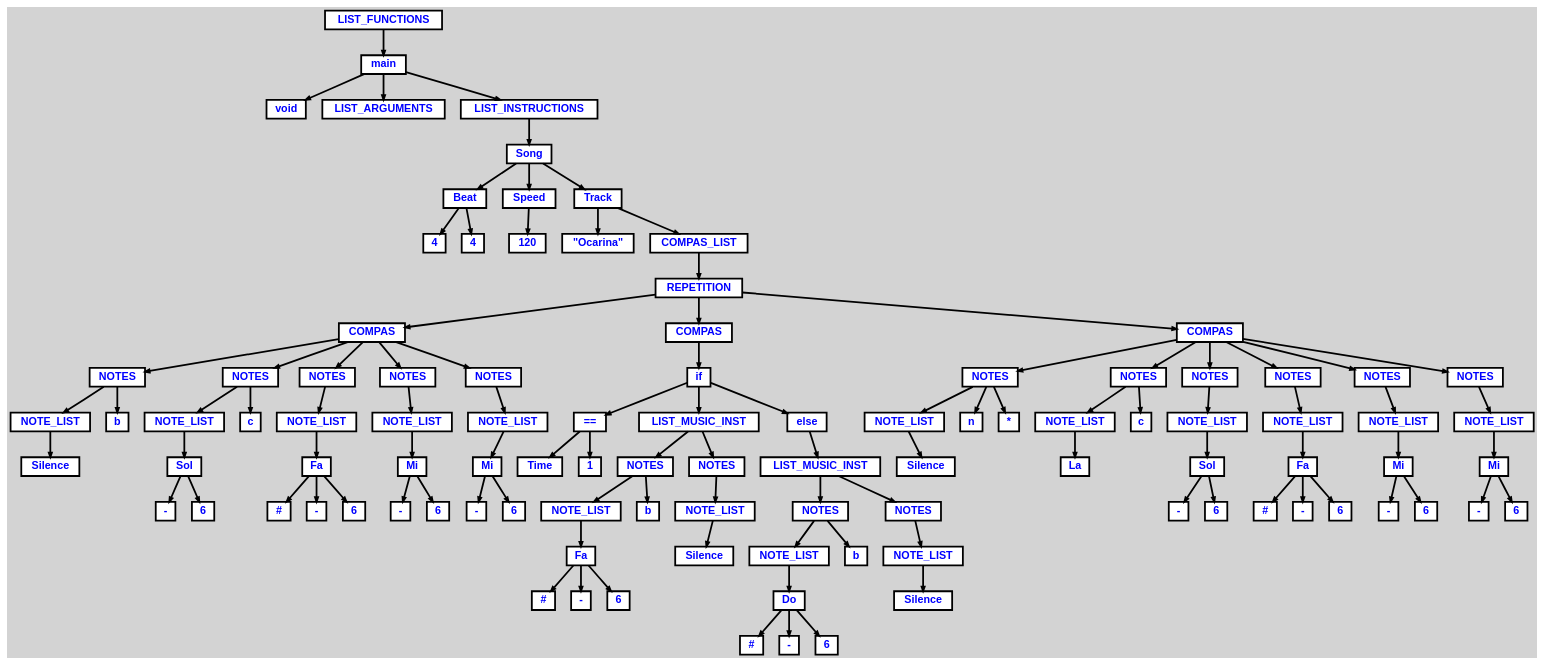
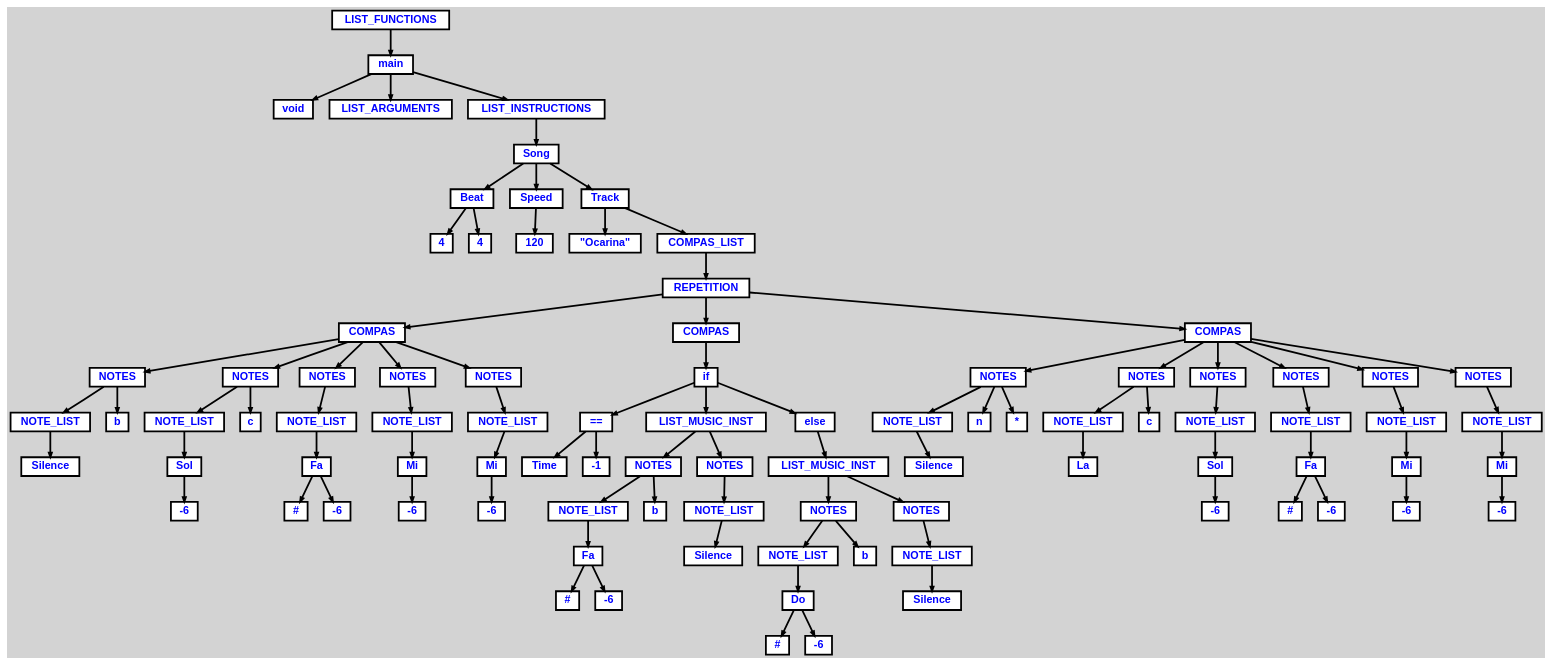
The diagram in tree.dot (mariofv/A-Music-Language), drawn with Graphviz before and after one commit. The commit also changed 6 other files, not shown here.

```diff
--- a/tree.dot
+++ b/tree.dot
@@ -43,126 +43,116 @@
   n21 [label="NOTE_LIST"];
   n22 [label="Sol"];
   n22 [label="Sol"];
-  n23 [label="-"];
-  n24 [label="6"];
-  n25 [label="c"];
-  n26 [label="NOTES"];
-  n26 [label="NOTES"];
-  n27 [label="NOTE_LIST"];
-  n27 [label="NOTE_LIST"];
-  n28 [label="Fa"];
-  n28 [label="Fa"];
-  n29 [label="#"];
-  n30 [label="-"];
-  n31 [label="6"];
-  n32 [label="NOTES"];
-  n32 [label="NOTES"];
-  n33 [label="NOTE_LIST"];
-  n33 [label="NOTE_LIST"];
-  n34 [label="Mi"];
-  n34 [label="Mi"];
-  n35 [label="-"];
-  n36 [label="6"];
-  n37 [label="NOTES"];
-  n37 [label="NOTES"];
-  n38 [label="NOTE_LIST"];
-  n38 [label="NOTE_LIST"];
-  n39 [label="Mi"];
-  n39 [label="Mi"];
-  n40 [label="-"];
-  n41 [label="6"];
-  n42 [label="COMPAS"];
-  n42 [label="COMPAS"];
-  n43 [label="if"];
-  n43 [label="if"];
-  n44 [label="=="];
-  n44 [label="=="];
-  n45 [label="Time"];
-  n46 [label="1"];
-  n47 [label="LIST_MUSIC_INST"];
-  n47 [label="LIST_MUSIC_INST"];
-  n48 [label="NOTES"];
-  n48 [label="NOTES"];
-  n49 [label="NOTE_LIST"];
-  n49 [label="NOTE_LIST"];
-  n50 [label="Fa"];
-  n50 [label="Fa"];
-  n51 [label="#"];
-  n52 [label="-"];
-  n53 [label="6"];
-  n54 [label="b"];
+  n23 [label="-6"];
+  n24 [label="c"];
+  n25 [label="NOTES"];
+  n25 [label="NOTES"];
+  n26 [label="NOTE_LIST"];
+  n26 [label="NOTE_LIST"];
+  n27 [label="Fa"];
+  n27 [label="Fa"];
+  n28 [label="#"];
+  n29 [label="-6"];
+  n30 [label="NOTES"];
+  n30 [label="NOTES"];
+  n31 [label="NOTE_LIST"];
+  n31 [label="NOTE_LIST"];
+  n32 [label="Mi"];
+  n32 [label="Mi"];
+  n33 [label="-6"];
+  n34 [label="NOTES"];
+  n34 [label="NOTES"];
+  n35 [label="NOTE_LIST"];
+  n35 [label="NOTE_LIST"];
+  n36 [label="Mi"];
+  n36 [label="Mi"];
+  n37 [label="-6"];
+  n38 [label="COMPAS"];
+  n38 [label="COMPAS"];
+  n39 [label="if"];
+  n39 [label="if"];
+  n40 [label="=="];
+  n40 [label="=="];
+  n41 [label="Time"];
+  n42 [label="-1"];
+  n43 [label="LIST_MUSIC_INST"];
+  n43 [label="LIST_MUSIC_INST"];
+  n44 [label="NOTES"];
+  n44 [label="NOTES"];
+  n45 [label="NOTE_LIST"];
+  n45 [label="NOTE_LIST"];
+  n46 [label="Fa"];
+  n46 [label="Fa"];
+  n47 [label="#"];
+  n48 [label="-6"];
+  n49 [label="b"];
+  n50 [label="NOTES"];
+  n50 [label="NOTES"];
+  n51 [label="NOTE_LIST"];
+  n51 [label="NOTE_LIST"];
+  n52 [label="Silence"];
+  n53 [label="else"];
+  n53 [label="else"];
+  n54 [label="LIST_MUSIC_INST"];
+  n54 [label="LIST_MUSIC_INST"];
   n55 [label="NOTES"];
   n55 [label="NOTES"];
   n56 [label="NOTE_LIST"];
   n56 [label="NOTE_LIST"];
-  n57 [label="Silence"];
-  n58 [label="else"];
-  n58 [label="else"];
-  n59 [label="LIST_MUSIC_INST"];
-  n59 [label="LIST_MUSIC_INST"];
-  n60 [label="NOTES"];
-  n60 [label="NOTES"];
-  n61 [label="NOTE_LIST"];
-  n61 [label="NOTE_LIST"];
-  n62 [label="Do"];
-  n62 [label="Do"];
-  n63 [label="#"];
-  n64 [label="-"];
-  n65 [label="6"];
-  n66 [label="b"];
-  n67 [label="NOTES"];
-  n67 [label="NOTES"];
-  n68 [label="NOTE_LIST"];
-  n68 [label="NOTE_LIST"];
-  n69 [label="Silence"];
-  n70 [label="COMPAS"];
-  n70 [label="COMPAS"];
-  n71 [label="NOTES"];
-  n71 [label="NOTES"];
-  n72 [label="NOTE_LIST"];
-  n72 [label="NOTE_LIST"];
-  n73 [label="Silence"];
-  n74 [label="n"];
-  n75 [label="*"];
-  n76 [label="NOTES"];
-  n76 [label="NOTES"];
-  n77 [label="NOTE_LIST"];
-  n77 [label="NOTE_LIST"];
-  n78 [label="La"];
-  n79 [label="c"];
-  n80 [label="NOTES"];
-  n80 [label="NOTES"];
-  n81 [label="NOTE_LIST"];
-  n81 [label="NOTE_LIST"];
-  n82 [label="Sol"];
-  n82 [label="Sol"];
-  n83 [label="-"];
-  n84 [label="6"];
-  n85 [label="NOTES"];
-  n85 [label="NOTES"];
-  n86 [label="NOTE_LIST"];
-  n86 [label="NOTE_LIST"];
-  n87 [label="Fa"];
-  n87 [label="Fa"];
-  n88 [label="#"];
-  n89 [label="-"];
-  n90 [label="6"];
-  n91 [label="NOTES"];
-  n91 [label="NOTES"];
-  n92 [label="NOTE_LIST"];
-  n92 [label="NOTE_LIST"];
-  n93 [label="Mi"];
-  n93 [label="Mi"];
-  n94 [label="-"];
-  n95 [label="6"];
-  n96 [label="NOTES"];
-  n96 [label="NOTES"];
-  n97 [label="NOTE_LIST"];
-  n97 [label="NOTE_LIST"];
-  n98 [label="Mi"];
-  n98 [label="Mi"];
-  n99 [label="-"];
-  n100 [label="6"];
+  n57 [label="Do"];
+  n57 [label="Do"];
+  n58 [label="#"];
+  n59 [label="-6"];
+  n60 [label="b"];
+  n61 [label="NOTES"];
+  n61 [label="NOTES"];
+  n62 [label="NOTE_LIST"];
+  n62 [label="NOTE_LIST"];
+  n63 [label="Silence"];
+  n64 [label="COMPAS"];
+  n64 [label="COMPAS"];
+  n65 [label="NOTES"];
+  n65 [label="NOTES"];
+  n66 [label="NOTE_LIST"];
+  n66 [label="NOTE_LIST"];
+  n67 [label="Silence"];
+  n68 [label="n"];
+  n69 [label="*"];
+  n70 [label="NOTES"];
+  n70 [label="NOTES"];
+  n71 [label="NOTE_LIST"];
+  n71 [label="NOTE_LIST"];
+  n72 [label="La"];
+  n73 [label="c"];
+  n74 [label="NOTES"];
+  n74 [label="NOTES"];
+  n75 [label="NOTE_LIST"];
+  n75 [label="NOTE_LIST"];
+  n76 [label="Sol"];
+  n76 [label="Sol"];
+  n77 [label="-6"];
+  n78 [label="NOTES"];
+  n78 [label="NOTES"];
+  n79 [label="NOTE_LIST"];
+  n79 [label="NOTE_LIST"];
+  n80 [label="Fa"];
+  n80 [label="Fa"];
+  n81 [label="#"];
+  n82 [label="-6"];
+  n83 [label="NOTES"];
+  n83 [label="NOTES"];
+  n84 [label="NOTE_LIST"];
+  n84 [label="NOTE_LIST"];
+  n85 [label="Mi"];
+  n85 [label="Mi"];
+  n86 [label="-6"];
+  n87 [label="NOTES"];
+  n87 [label="NOTES"];
+  n88 [label="NOTE_LIST"];
+  n88 [label="NOTE_LIST"];
+  n89 [label="Mi"];
+  n89 [label="Mi"];
+  n90 [label="-6"];
 
   n0 -> n1 // "LIST_FUNCTIONS" -> "main"
   n1 -> n2 // "main" -> "void"
@@ -186,83 +176,73 @@
   n15 -> n20 // "COMPAS" -> "NOTES"
   n20 -> n21 // "NOTES" -> "NOTE_LIST"
   n21 -> n22 // "NOTE_LIST" -> "Sol"
-  n22 -> n23 // "Sol" -> "-"
-  n22 -> n24 // "Sol" -> "6"
-  n20 -> n25 // "NOTES" -> "c"
-  n15 -> n26 // "COMPAS" -> "NOTES"
-  n26 -> n27 // "NOTES" -> "NOTE_LIST"
-  n27 -> n28 // "NOTE_LIST" -> "Fa"
-  n28 -> n29 // "Fa" -> "#"
-  n28 -> n30 // "Fa" -> "-"
-  n28 -> n31 // "Fa" -> "6"
-  n15 -> n32 // "COMPAS" -> "NOTES"
-  n32 -> n33 // "NOTES" -> "NOTE_LIST"
-  n33 -> n34 // "NOTE_LIST" -> "Mi"
-  n34 -> n35 // "Mi" -> "-"
-  n34 -> n36 // "Mi" -> "6"
-  n15 -> n37 // "COMPAS" -> "NOTES"
-  n37 -> n38 // "NOTES" -> "NOTE_LIST"
-  n38 -> n39 // "NOTE_LIST" -> "Mi"
-  n39 -> n40 // "Mi" -> "-"
-  n39 -> n41 // "Mi" -> "6"
-  n14 -> n42 // "REPETITION" -> "COMPAS"
-  n42 -> n43 // "COMPAS" -> "if"
-  n43 -> n44 // "if" -> "=="
-  n44 -> n45 // "==" -> "Time"
-  n44 -> n46 // "==" -> "1"
-  n43 -> n47 // "if" -> "LIST_MUSIC_INST"
-  n47 -> n48 // "LIST_MUSIC_INST" -> "NOTES"
-  n48 -> n49 // "NOTES" -> "NOTE_LIST"
-  n49 -> n50 // "NOTE_LIST" -> "Fa"
-  n50 -> n51 // "Fa" -> "#"
-  n50 -> n52 // "Fa" -> "-"
-  n50 -> n53 // "Fa" -> "6"
-  n48 -> n54 // "NOTES" -> "b"
-  n47 -> n55 // "LIST_MUSIC_INST" -> "NOTES"
+  n22 -> n23 // "Sol" -> "-6"
+  n20 -> n24 // "NOTES" -> "c"
+  n15 -> n25 // "COMPAS" -> "NOTES"
+  n25 -> n26 // "NOTES" -> "NOTE_LIST"
+  n26 -> n27 // "NOTE_LIST" -> "Fa"
+  n27 -> n28 // "Fa" -> "#"
+  n27 -> n29 // "Fa" -> "-6"
+  n15 -> n30 // "COMPAS" -> "NOTES"
+  n30 -> n31 // "NOTES" -> "NOTE_LIST"
+  n31 -> n32 // "NOTE_LIST" -> "Mi"
+  n32 -> n33 // "Mi" -> "-6"
+  n15 -> n34 // "COMPAS" -> "NOTES"
+  n34 -> n35 // "NOTES" -> "NOTE_LIST"
+  n35 -> n36 // "NOTE_LIST" -> "Mi"
+  n36 -> n37 // "Mi" -> "-6"
+  n14 -> n38 // "REPETITION" -> "COMPAS"
+  n38 -> n39 // "COMPAS" -> "if"
+  n39 -> n40 // "if" -> "=="
+  n40 -> n41 // "==" -> "Time"
+  n40 -> n42 // "==" -> "-1"
+  n39 -> n43 // "if" -> "LIST_MUSIC_INST"
+  n43 -> n44 // "LIST_MUSIC_INST" -> "NOTES"
+  n44 -> n45 // "NOTES" -> "NOTE_LIST"
+  n45 -> n46 // "NOTE_LIST" -> "Fa"
+  n46 -> n47 // "Fa" -> "#"
+  n46 -> n48 // "Fa" -> "-6"
+  n44 -> n49 // "NOTES" -> "b"
+  n43 -> n50 // "LIST_MUSIC_INST" -> "NOTES"
+  n50 -> n51 // "NOTES" -> "NOTE_LIST"
+  n51 -> n52 // "NOTE_LIST" -> "Silence"
+  n39 -> n53 // "if" -> "else"
+  n53 -> n54 // "else" -> "LIST_MUSIC_INST"
+  n54 -> n55 // "LIST_MUSIC_INST" -> "NOTES"
   n55 -> n56 // "NOTES" -> "NOTE_LIST"
-  n56 -> n57 // "NOTE_LIST" -> "Silence"
-  n43 -> n58 // "if" -> "else"
-  n58 -> n59 // "else" -> "LIST_MUSIC_INST"
-  n59 -> n60 // "LIST_MUSIC_INST" -> "NOTES"
-  n60 -> n61 // "NOTES" -> "NOTE_LIST"
-  n61 -> n62 // "NOTE_LIST" -> "Do"
-  n62 -> n63 // "Do" -> "#"
-  n62 -> n64 // "Do" -> "-"
-  n62 -> n65 // "Do" -> "6"
-  n60 -> n66 // "NOTES" -> "b"
-  n59 -> n67 // "LIST_MUSIC_INST" -> "NOTES"
-  n67 -> n68 // "NOTES" -> "NOTE_LIST"
-  n68 -> n69 // "NOTE_LIST" -> "Silence"
-  n14 -> n70 // "REPETITION" -> "COMPAS"
-  n70 -> n71 // "COMPAS" -> "NOTES"
-  n71 -> n72 // "NOTES" -> "NOTE_LIST"
-  n72 -> n73 // "NOTE_LIST" -> "Silence"
-  n71 -> n74 // "NOTES" -> "n"
-  n71 -> n75 // "NOTES" -> "*"
-  n70 -> n76 // "COMPAS" -> "NOTES"
-  n76 -> n77 // "NOTES" -> "NOTE_LIST"
-  n77 -> n78 // "NOTE_LIST" -> "La"
-  n76 -> n79 // "NOTES" -> "c"
-  n70 -> n80 // "COMPAS" -> "NOTES"
-  n80 -> n81 // "NOTES" -> "NOTE_LIST"
-  n81 -> n82 // "NOTE_LIST" -> "Sol"
-  n82 -> n83 // "Sol" -> "-"
-  n82 -> n84 // "Sol" -> "6"
-  n70 -> n85 // "COMPAS" -> "NOTES"
-  n85 -> n86 // "NOTES" -> "NOTE_LIST"
-  n86 -> n87 // "NOTE_LIST" -> "Fa"
-  n87 -> n88 // "Fa" -> "#"
-  n87 -> n89 // "Fa" -> "-"
-  n87 -> n90 // "Fa" -> "6"
-  n70 -> n91 // "COMPAS" -> "NOTES"
-  n91 -> n92 // "NOTES" -> "NOTE_LIST"
-  n92 -> n93 // "NOTE_LIST" -> "Mi"
-  n93 -> n94 // "Mi" -> "-"
-  n93 -> n95 // "Mi" -> "6"
-  n70 -> n96 // "COMPAS" -> "NOTES"
-  n96 -> n97 // "NOTES" -> "NOTE_LIST"
-  n97 -> n98 // "NOTE_LIST" -> "Mi"
-  n98 -> n99 // "Mi" -> "-"
-  n98 -> n100 // "Mi" -> "6"
+  n56 -> n57 // "NOTE_LIST" -> "Do"
+  n57 -> n58 // "Do" -> "#"
+  n57 -> n59 // "Do" -> "-6"
+  n55 -> n60 // "NOTES" -> "b"
+  n54 -> n61 // "LIST_MUSIC_INST" -> "NOTES"
+  n61 -> n62 // "NOTES" -> "NOTE_LIST"
+  n62 -> n63 // "NOTE_LIST" -> "Silence"
+  n14 -> n64 // "REPETITION" -> "COMPAS"
+  n64 -> n65 // "COMPAS" -> "NOTES"
+  n65 -> n66 // "NOTES" -> "NOTE_LIST"
+  n66 -> n67 // "NOTE_LIST" -> "Silence"
+  n65 -> n68 // "NOTES" -> "n"
+  n65 -> n69 // "NOTES" -> "*"
+  n64 -> n70 // "COMPAS" -> "NOTES"
+  n70 -> n71 // "NOTES" -> "NOTE_LIST"
+  n71 -> n72 // "NOTE_LIST" -> "La"
+  n70 -> n73 // "NOTES" -> "c"
+  n64 -> n74 // "COMPAS" -> "NOTES"
+  n74 -> n75 // "NOTES" -> "NOTE_LIST"
+  n75 -> n76 // "NOTE_LIST" -> "Sol"
+  n76 -> n77 // "Sol" -> "-6"
+  n64 -> n78 // "COMPAS" -> "NOTES"
+  n78 -> n79 // "NOTES" -> "NOTE_LIST"
+  n79 -> n80 // "NOTE_LIST" -> "Fa"
+  n80 -> n81 // "Fa" -> "#"
+  n80 -> n82 // "Fa" -> "-6"
+  n64 -> n83 // "COMPAS" -> "NOTES"
+  n83 -> n84 // "NOTES" -> "NOTE_LIST"
+  n84 -> n85 // "NOTE_LIST" -> "Mi"
+  n85 -> n86 // "Mi" -> "-6"
+  n64 -> n87 // "COMPAS" -> "NOTES"
+  n87 -> n88 // "NOTES" -> "NOTE_LIST"
+  n88 -> n89 // "NOTE_LIST" -> "Mi"
+  n89 -> n90 // "Mi" -> "-6"
 
 }
```
